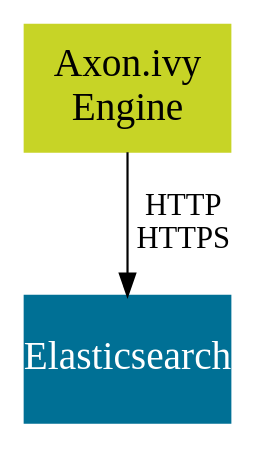
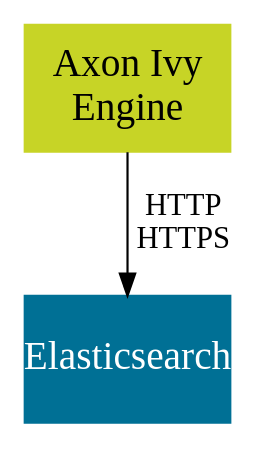
The diagram in source/engine-guide/integration/elasticsearch/overview.dot (bernhardAxonIvy/doc), drawn with Graphviz before and after one commit. The commit also changed 162 other files, not shown here.

Commit message:
XIVY-5540 Rebrand javadoc, doc and techdoc with Axon Ivy

```diff
--- a/source/engine-guide/integration/elasticsearch/overview.dot
+++ b/source/engine-guide/integration/elasticsearch/overview.dot
@@ -1,17 +1,17 @@
 
 digraph overview {
   node [
     shape=box, 
     style=filled,
     margin=0 width=2 height=0.8
     fontcolor="white",    
     color="#007095",
     fixedsize=true,
     fontsize=18
   ];
 
-  engine [label="Axon.ivy\nEngine", pos="0,2.5!", height="0.8", width="1.3", color="#C7D426", fontcolor="black"];
+  engine [label="Axon Ivy\nEngine", pos="0,2.5!", height="0.8", width="1.3", color="#C7D426", fontcolor="black"];
   elasticsearch [ label="Elasticsearch", pos="6,2.5!" width="1.3" height="0.8"]
   
   engine -> elasticsearch [ label="HTTP\nHTTPS" ];
 }
```
